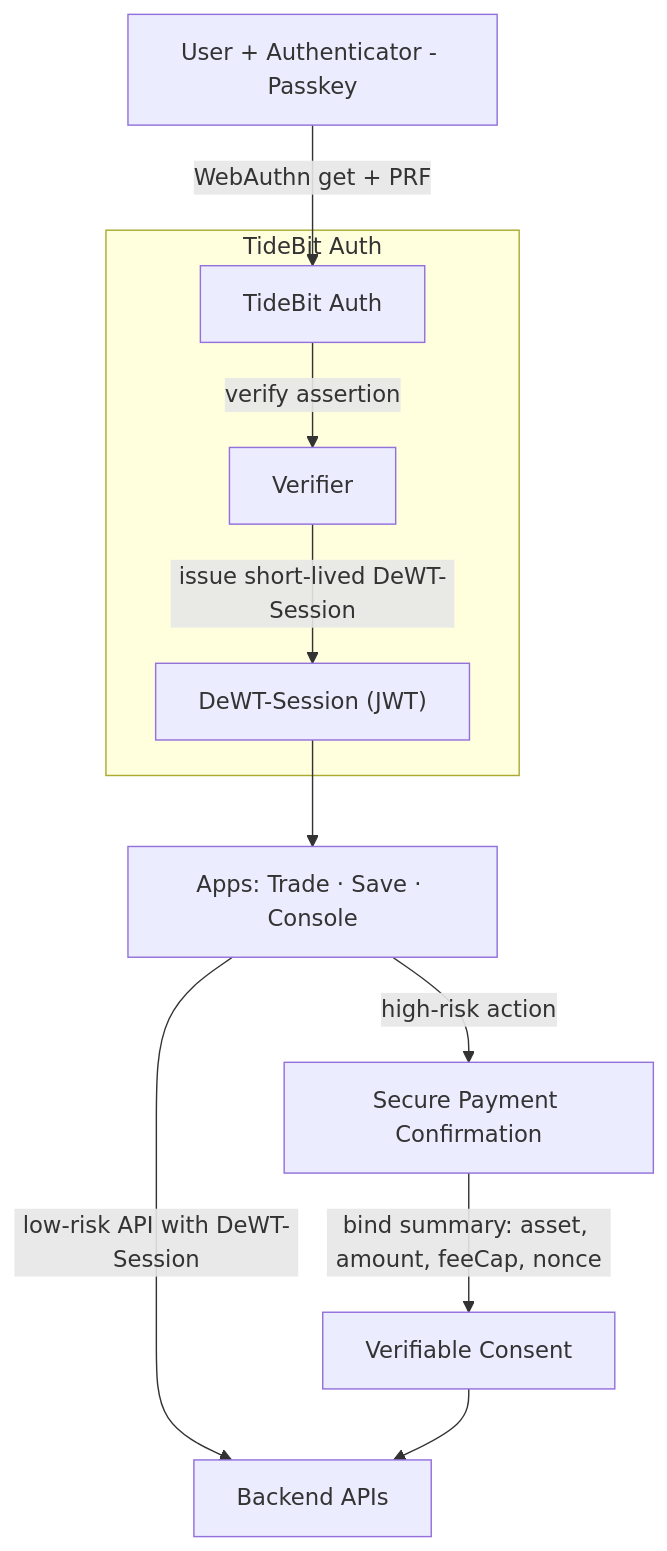
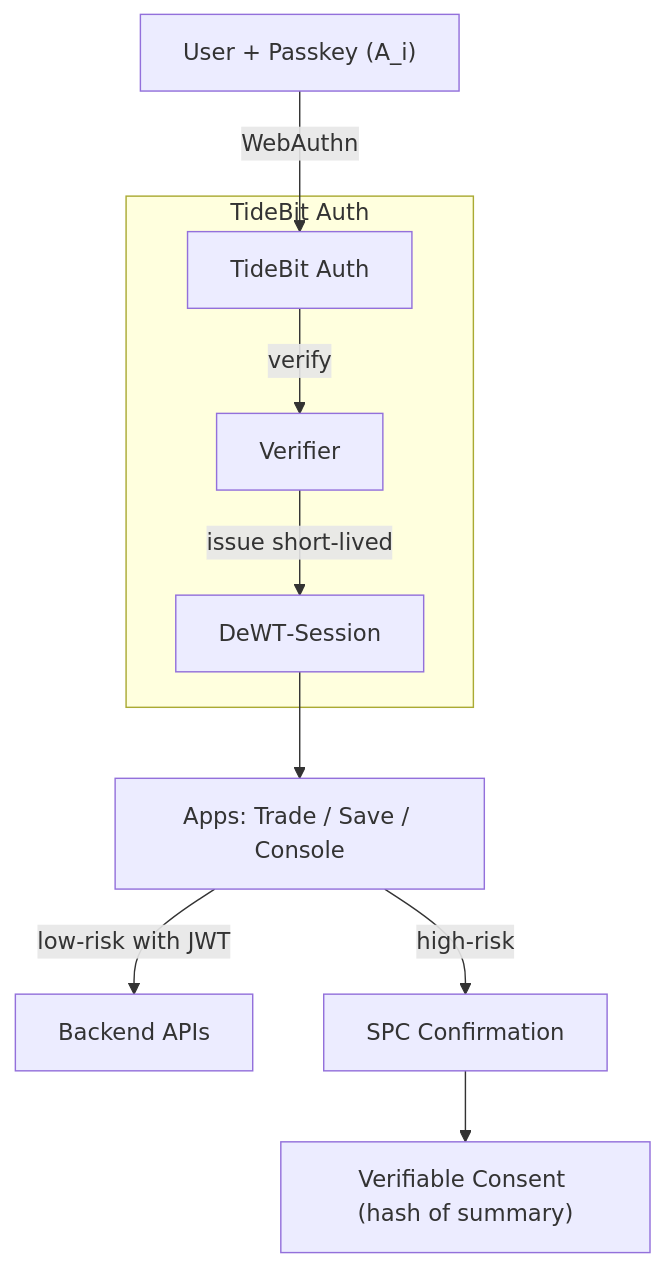
The first of 2 diagrams in TideBit-DeFi/FIDO2_Authentication.md (CAFECA-IO/KnowledgeManagement), drawn with Mermaid before and after one commit. The commit also changed other lines of this file, not shown here.

````diff
--- a/TideBit-DeFi/FIDO2_Authentication.md
+++ b/TideBit-DeFi/FIDO2_Authentication.md
@@ -258,13 +112,12 @@
 ```mermaid
 flowchart TB
-  u["User + Authenticator - Passkey"] -->|WebAuthn get + PRF| auth["TideBit Auth"]
-  subgraph sg_auth["TideBit Auth"]
-    auth -->|verify assertion| v[Verifier]
-    v -->|issue short-lived DeWT-Session| jwt["DeWT-Session (JWT)"]
+  U["User + Passkey (A_i)"] -->|WebAuthn| AUTH["TideBit Auth"]
+  subgraph AUTHBOX["TideBit Auth"]
+    AUTH -->|verify| VERIFY[Verifier]
+    VERIFY -->|issue short‑lived| JWT[DeWT‑Session]
   end
-  jwt --> apps["Apps: Trade · Save · Console"]
-  apps -->|low-risk API with DeWT-Session| api["Backend APIs"]
-  apps -->|high-risk action| spc["Secure Payment Confirmation"]
-  spc -->|bind summary: asset, amount, feeCap, nonce| consent["Verifiable Consent"]
-  consent --> api
+  JWT --> APPS["Apps: Trade / Save / Console"]
+  APPS -->|low‑risk with JWT| API[Backend APIs]
+  APPS -->|high‑risk| SPC[SPC Confirmation]
+  SPC --> CONSENT["Verifiable Consent (hash of summary)"]
 ```
````
